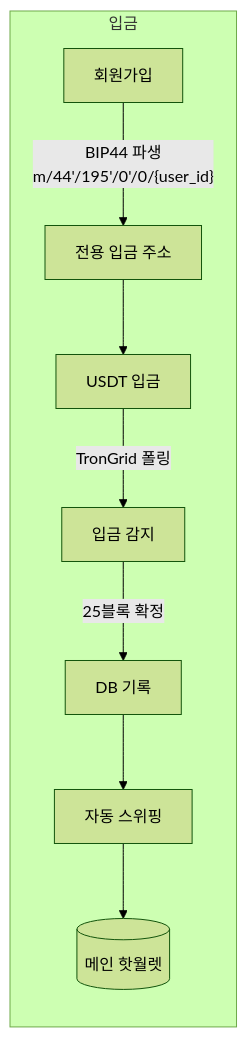
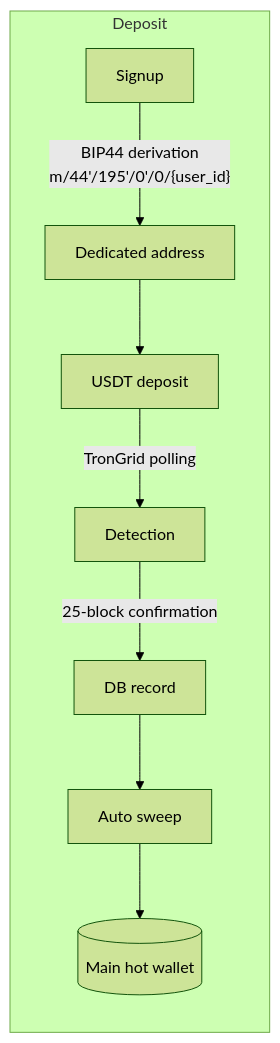
The first of 2 diagrams in README.md (dandel6/tronusdt), drawn with Mermaid (forest theme) before and after one commit. The commit also changed other lines of this file and 2 other files, not shown here.

````diff
--- a/README.md
+++ b/README.md
@@ -22,11 +22,11 @@
 ```mermaid
 flowchart LR
-    subgraph 입금
-        A[회원가입] -->|"BIP44 파생<br/>m/44'/195'/0'/0/{user_id}"| B[전용 입금 주소]
-        B --> C[USDT 입금]
-        C -->|TronGrid 폴링| D[입금 감지]
-        D -->|25블록 확정| E[DB 기록]
-        E --> F[자동 스위핑]
-        F --> G[(메인 핫월렛)]
+    subgraph Deposit
+        A[Signup] -->|"BIP44 derivation<br/>m/44'/195'/0'/0/{user_id}"| B[Dedicated address]
+        B --> C[USDT deposit]
+        C -->|TronGrid polling| D[Detection]
+        D -->|25-block confirmation| E[DB record]
+        E --> F[Auto sweep]
+        F --> G[(Main hot wallet)]
     end
 ```
````
